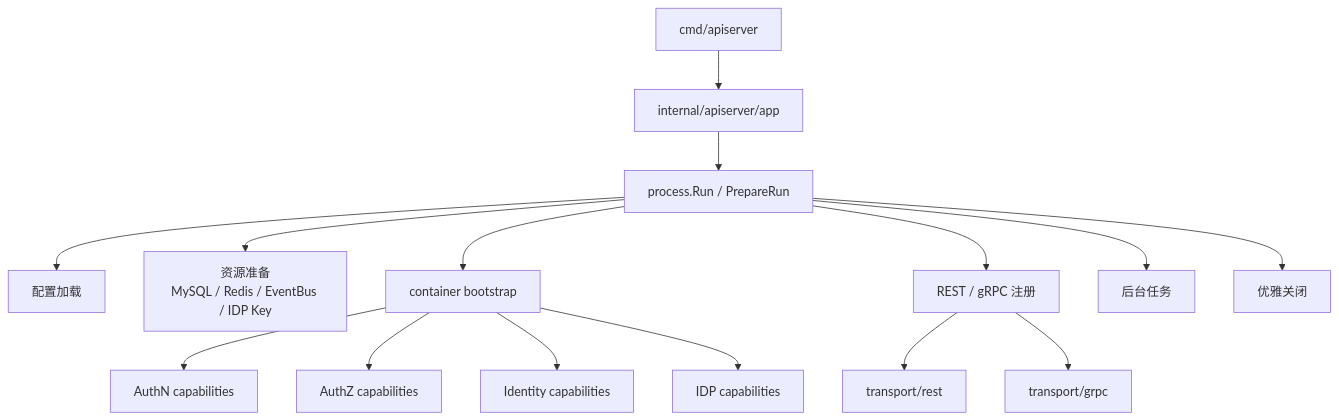
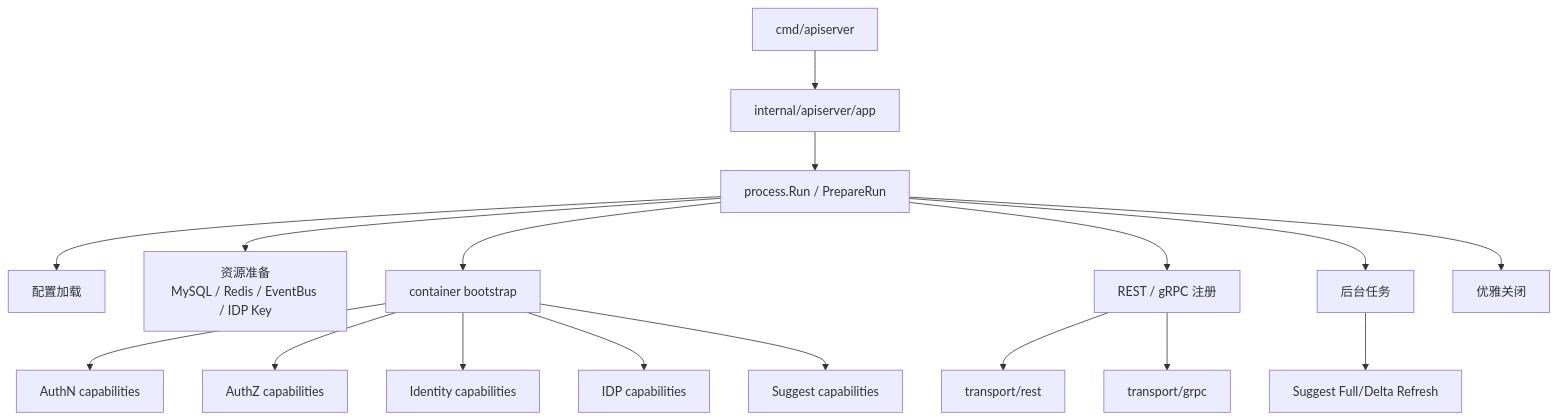
The second of 10 diagrams in docs/00-概览/01-系统架构总览.md (FangcunMount/iam), drawn with Mermaid before and after one commit. The commit also changed other lines of this file and 16 other files, not shown here.

````diff
--- a/docs/00-概览/01-系统架构总览.md
+++ b/docs/00-概览/01-系统架构总览.md
@@ -161,20 +170,22 @@
 ```mermaid
 flowchart TD
     Main["cmd/apiserver"] --> App["internal/apiserver/app"]
     App --> Process["process.Run / PrepareRun"]
 
     Process --> Config["配置加载"]
     Process --> Resource["资源准备<br/>MySQL / Redis / EventBus / IDP Key"]
     Process --> Container["container bootstrap"]
     Process --> Transport["REST / gRPC 注册"]
     Process --> RuntimeTask["后台任务"]
     Process --> Shutdown["优雅关闭"]
 
     Container --> AuthNCap["AuthN capabilities"]
     Container --> AuthZCap["AuthZ capabilities"]
     Container --> IdentityCap["Identity capabilities"]
     Container --> IDPCap["IDP capabilities"]
+    Container --> SuggestCap["Suggest capabilities"]
 
     Transport --> REST["transport/rest"]
     Transport --> GRPC["transport/grpc"]
+    RuntimeTask --> SuggestRefresh["Suggest Full/Delta Refresh"]
 ```
````
